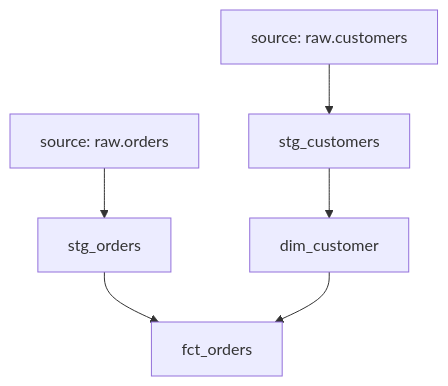
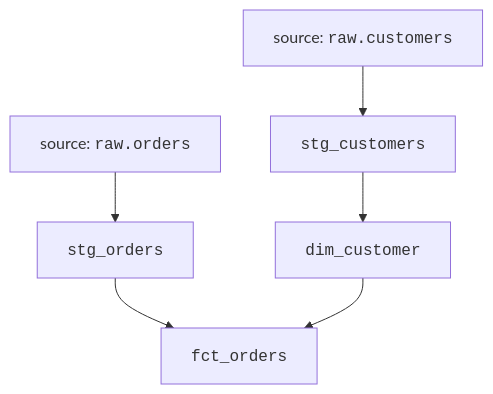
One commit to dataslope/dataslope changed the diagram in content/interview/analytics-engineer/dbt.mdx. Above: the diagram before and after it, drawn with Mermaid. The commit also changed 65 other files, not shown here.

First line of the commit message:
Set code in every mermaid label in the mono face

````diff
--- a/content/interview/analytics-engineer/dbt.mdx
+++ b/content/interview/analytics-engineer/dbt.mdx
@@ -403,8 +403,8 @@
 ```mermaid
 flowchart TD
-  s1["source: raw.orders"] --> stg1["stg_orders"]
-  s2["source: raw.customers"] --> stg2["stg_customers"]
-  stg1 --> fct["fct_orders"]
-  stg2 --> dim["dim_customer"]
+  s1["source: <code>raw.orders</code>"] --> stg1["<code>stg_orders</code>"]
+  s2["source: <code>raw.customers</code>"] --> stg2["<code>stg_customers</code>"]
+  stg1 --> fct["<code>fct_orders</code>"]
+  stg2 --> dim["<code>dim_customer</code>"]
   dim --> fct
 ```
````
